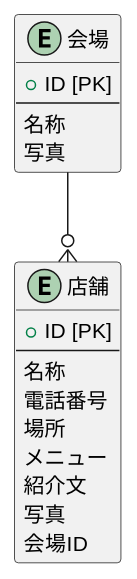
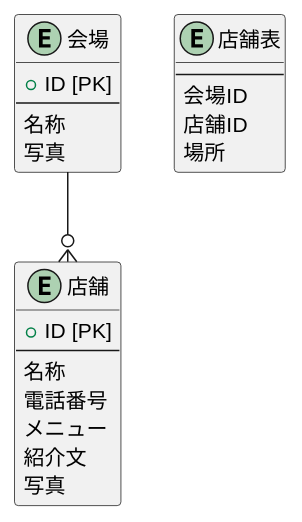
Before and after one commit to zakzakst/object-oriented-practice: the seventh of 7 diagrams in 03_event-shop-app/3_実装用の図.md, drawn with PlantUML. The commit also changed other lines of this file, not shown here.

Commit message:
練習3：イベント店舗管理アプリ（実装用の図追加）

````diff
--- a/03_event-shop-app/3_実装用の図.md
+++ b/03_event-shop-app/3_実装用の図.md
@@ -100,22 +199,26 @@
 ```puml
 @startuml
 entity 会場 {
   + ID [PK]
   ---
   名称
   写真
 }
 entity 店舗 {
   + ID [PK]
   ---
   名称
   電話番号
-  場所
   メニュー
   紹介文
   写真
+}
+entity 店舗表 {
+  ---
   会場ID
+  店舗ID
+  場所
 }
 会場 --o{ 店舗
 @enduml
 ```
````
